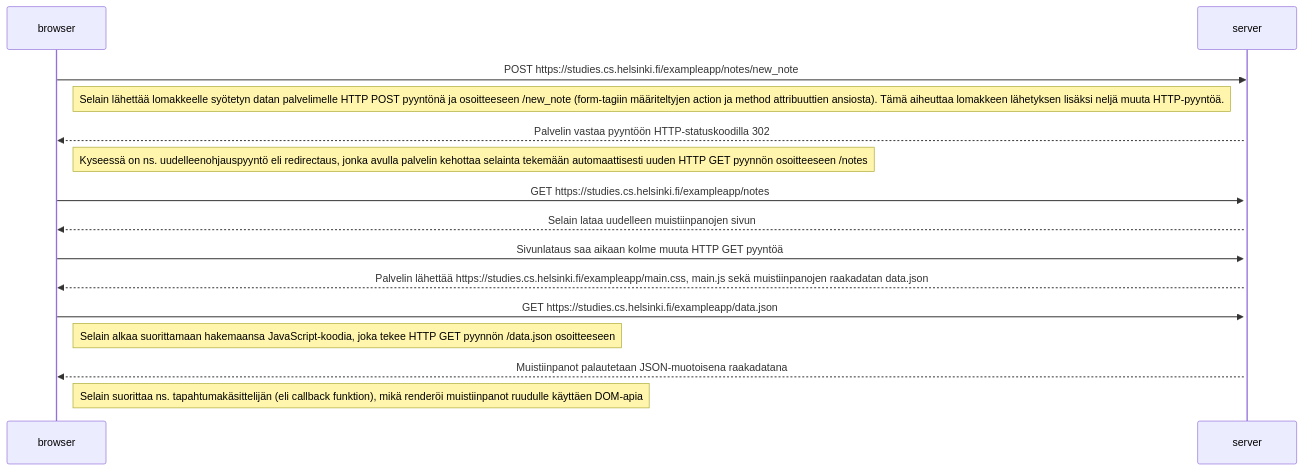
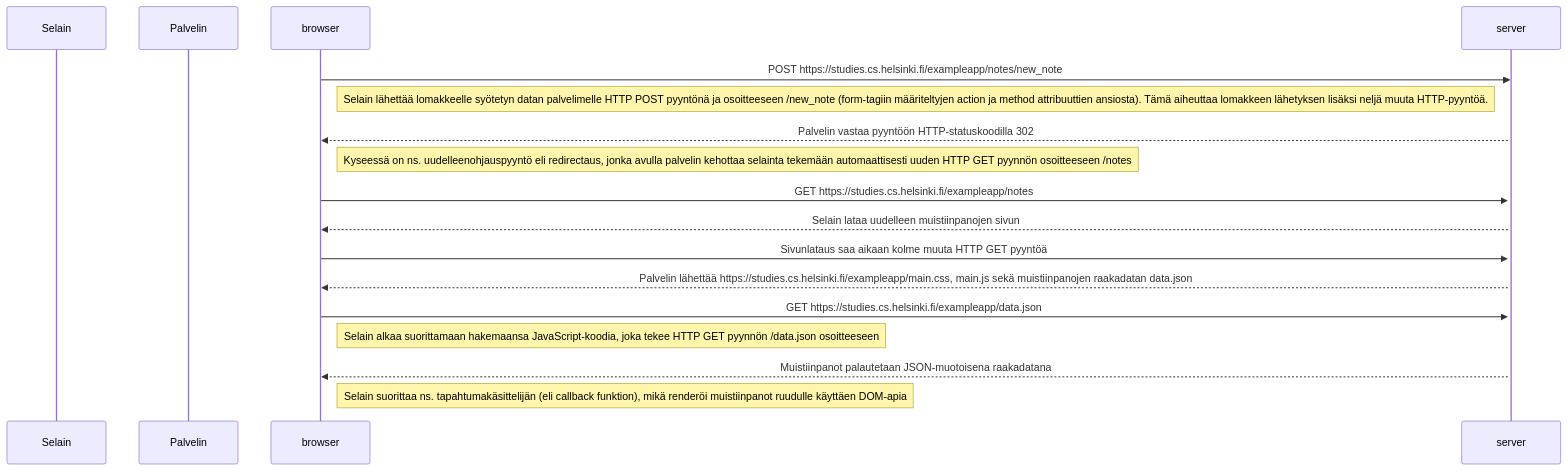
Before and after one commit to superjunnu/fullstackopen: the diagram in osa0/0.4/uusimuistiinpano.md, drawn with Mermaid.

````diff
--- a/osa0/0.4/uusimuistiinpano.md
+++ b/osa0/0.4/uusimuistiinpano.md
@@ -1,29 +1,29 @@
 ```mermaid
 sequenceDiagram
-    participant browser
-    participant server
+    participant Selain
+    participant Palvelin
     
     browser->>server: POST https://studies.cs.helsinki.fi/exampleapp/notes/new_note
 
 Note right of browser: Selain lähettää lomakkeelle syötetyn datan palvelimelle HTTP POST pyyntönä ja osoitteeseen /new_note (form-tagiin määriteltyjen action ja method attribuuttien ansiosta). Tämä aiheuttaa lomakkeen lähetyksen lisäksi neljä muuta HTTP-pyyntöä.
 
     activate server
     server-->>browser: Palvelin vastaa pyyntöön HTTP-statuskoodilla 302
 
 Note right of browser: Kyseessä on ns. uudelleenohjauspyyntö eli redirectaus, jonka avulla palvelin kehottaa selainta tekemään automaattisesti uuden HTTP GET pyynnön osoitteeseen /notes
 
     browser->>server: GET https://studies.cs.helsinki.fi/exampleapp/notes
     activate server
     server-->>browser: Selain lataa uudelleen muistiinpanojen sivun
     
     browser->>server: Sivunlataus saa aikaan kolme muuta HTTP GET pyyntöä
     activate server
     server-->>browser: Palvelin lähettää https://studies.cs.helsinki.fi/exampleapp/main.css, main.js sekä muistiinpanojen raakadatan data.json
  
     browser->>server: GET https://studies.cs.helsinki.fi/exampleapp/data.json
 Note right of browser: Selain alkaa suorittamaan hakemaansa JavaScript-koodia, joka tekee HTTP GET pyynnön /data.json osoitteeseen
     activate server
     server-->>browser: Muistiinpanot palautetaan JSON-muotoisena raakadatana
      
 Note right of browser: Selain suorittaa ns. tapahtumakäsittelijän (eli callback funktion), mikä renderöi muistiinpanot ruudulle käyttäen DOM-apia
 ```
````
